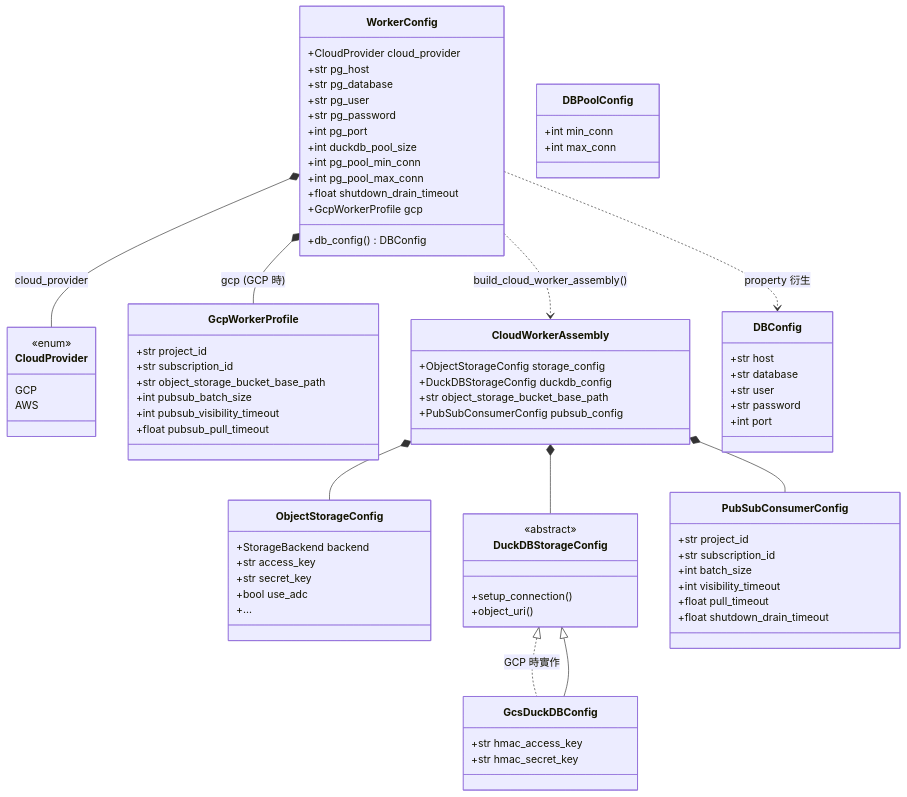
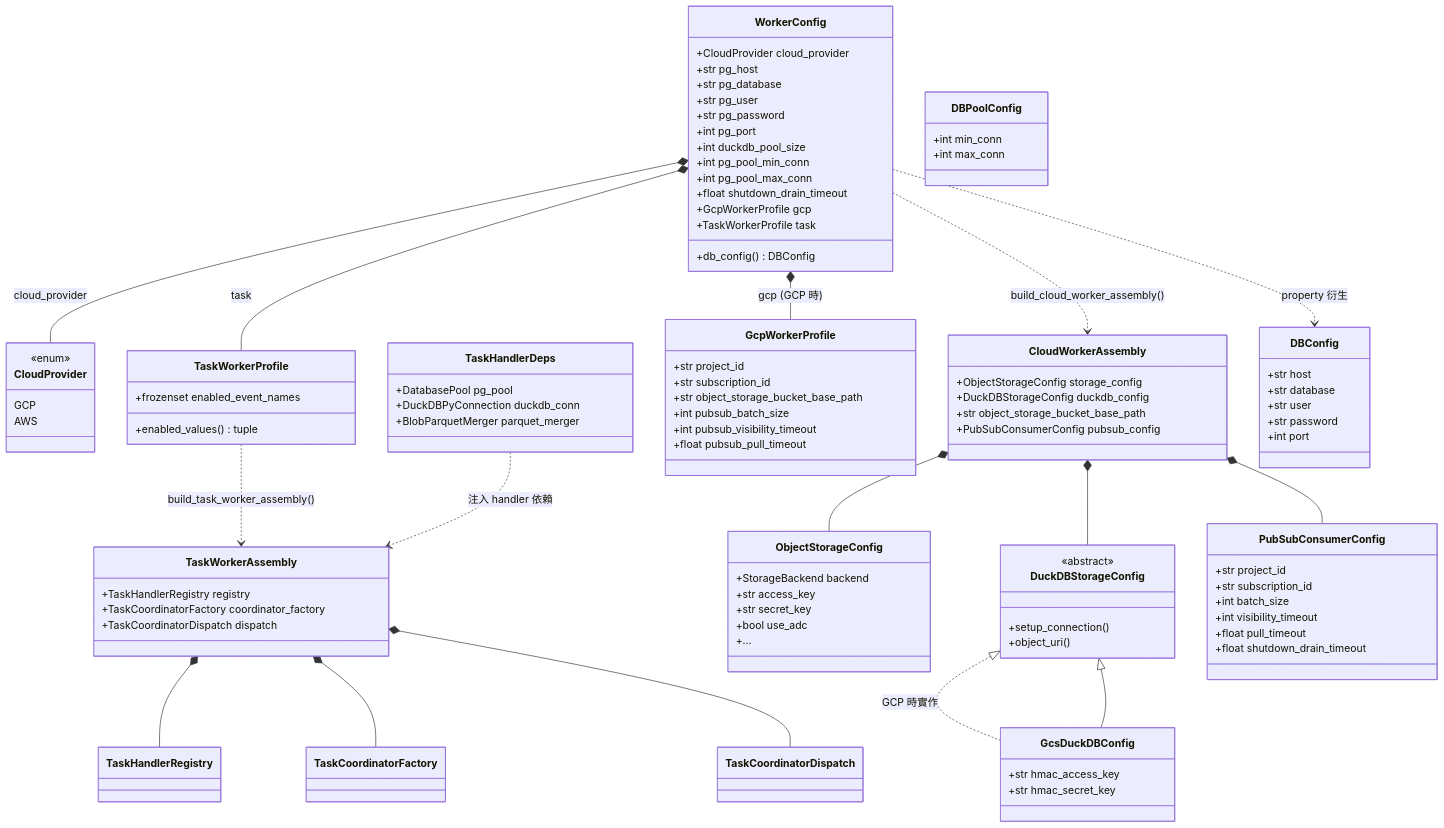
Before and after one commit to RoyceAzure/stock-ana-atsk-worker: the second of 4 diagrams in docs/worker_config_assembly.md, drawn with Mermaid. The commit also changed other lines of this file and 9 other files, not shown here.

Commit message:
[feat] Add task handling configuration and assembly; introduce TaskWorkerProfile and TaskWorkerAssembly for dynamic task management based on environment variables

```diff
--- a/docs/worker_config_assembly.md
+++ b/docs/worker_config_assembly.md
@@ -84,7 +92,25 @@
         +int pg_pool_max_conn
         +float shutdown_drain_timeout
         +GcpWorkerProfile gcp
+        +TaskWorkerProfile task
         +db_config() DBConfig
+    }
+
+    class TaskWorkerProfile {
+        +frozenset enabled_event_names
+        +enabled_values() tuple
+    }
+
+    class TaskWorkerAssembly {
+        +TaskHandlerRegistry registry
+        +TaskCoordinatorFactory coordinator_factory
+        +TaskCoordinatorDispatch dispatch
+    }
+
+    class TaskHandlerDeps {
+        +DatabasePool pg_pool
+        +DuckDBPyConnection duckdb_conn
+        +BlobParquetMerger parquet_merger
     }
 
     class GcpWorkerProfile {
@@ -146,7 +172,14 @@
 
     WorkerConfig *-- CloudProvider : cloud_provider
     WorkerConfig *-- GcpWorkerProfile : gcp (GCP 時)
+    WorkerConfig *-- TaskWorkerProfile : task
     WorkerConfig ..> DBConfig : property 衍生
+
+    TaskWorkerAssembly *-- TaskHandlerRegistry
+    TaskWorkerAssembly *-- TaskCoordinatorFactory
+    TaskWorkerAssembly *-- TaskCoordinatorDispatch
+    TaskWorkerProfile ..> TaskWorkerAssembly : build_task_worker_assembly()
+    TaskHandlerDeps ..> TaskWorkerAssembly : 注入 handler 依賴
 
     CloudWorkerAssembly *-- ObjectStorageConfig
     CloudWorkerAssembly *-- DuckDBStorageConfig
```
